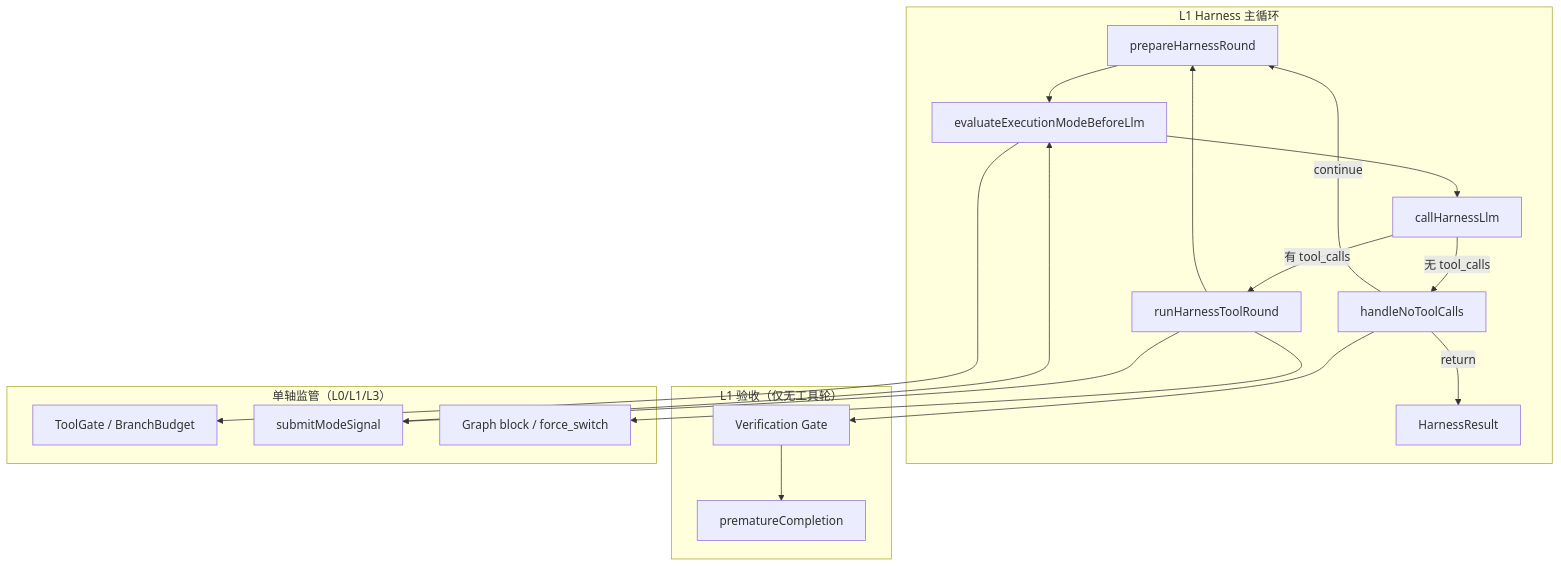
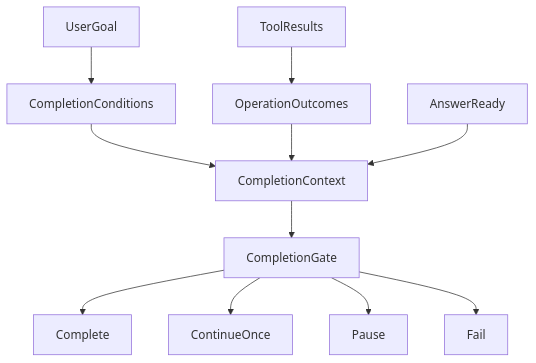
One commit to lbiceman/iceCoder changed the diagram in docs/harness/Harness-L2与Gate工作逻辑.md. Above: the diagram before and after it, drawn with Mermaid. The commit also changed other lines of this file and 55 other files, not shown here.

````diff
--- a/docs/harness/Harness-L2与Gate工作逻辑.md
+++ b/docs/harness/Harness-L2与Gate工作逻辑.md
@@ -29,24 +14,13 @@
 ```mermaid
-flowchart TB
-  subgraph L1["L1 Harness 主循环"]
-    PREP[prepareHarnessRound] --> MODE[evaluateExecutionModeBeforeLlm]
-    MODE --> LLM[callHarnessLlm]
-    LLM -->|有 tool_calls| TOOL[runHarnessToolRound]
-    LLM -->|无 tool_calls| NOTOOL[handleNoToolCalls]
-    TOOL --> PREP
-    NOTOOL -->|continue| PREP
-    NOTOOL -->|return| DONE[HarnessResult]
-  end
-
-  subgraph GATE["L1 验收（仅无工具轮）"]
-    NOTOOL --> G1[Verification Gate]
-    G1 --> G2[prematureCompletion]
-  end
-
-  subgraph SUP["单轴监管（L0/L1/L3）"]
-    MODE --> TG[ToolGate / BranchBudget]
-    TOOL --> SIG[submitModeSignal]
-    SIG --> MODE
-    TOOL --> L3[Graph block / force_switch]
-  end
+flowchart TD
+  UserGoal[UserGoal] --> Conditions[CompletionConditions]
+  ToolResults[ToolResults] --> Outcomes[OperationOutcomes]
+  Conditions --> Context[CompletionContext]
+  Outcomes --> Context
+  Answer[AnswerReady] --> Context
+  Context --> Gate[CompletionGate]
+  Gate --> Complete[Complete]
+  Gate --> Continue[ContinueOnce]
+  Gate --> Pause[Pause]
+  Gate --> Fail[Fail]
 ```
````
